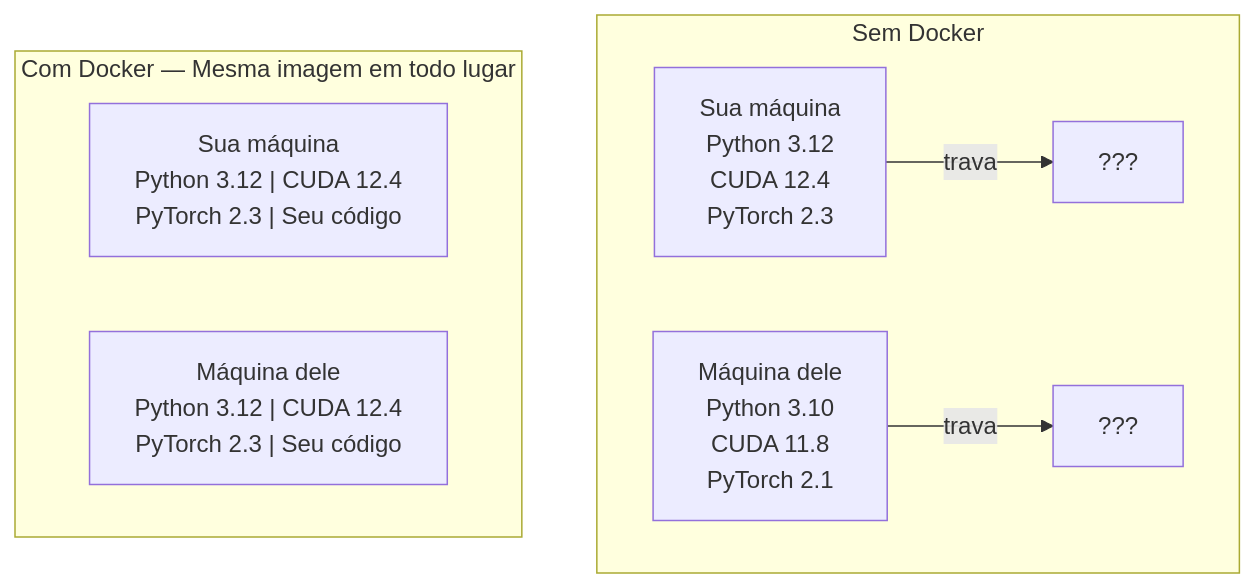
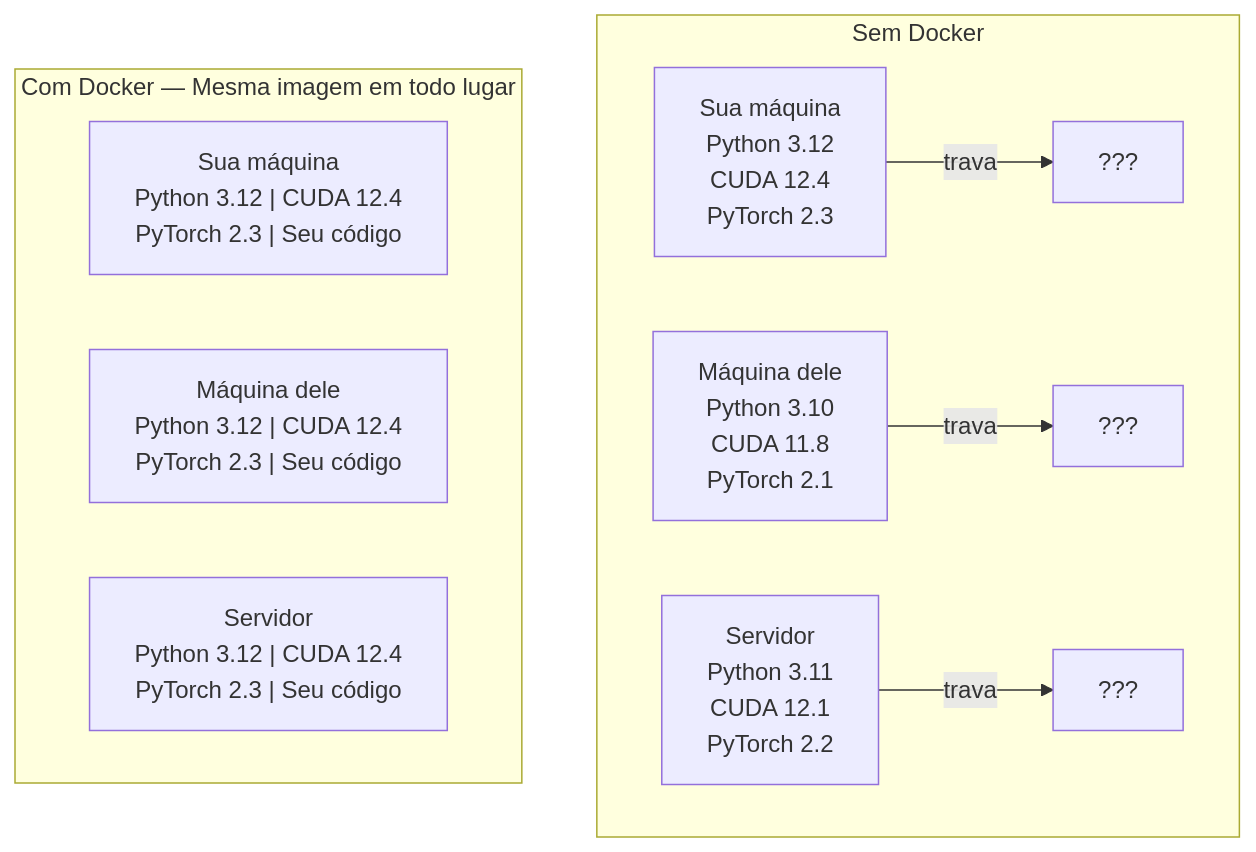
The diagram in phases/00-setup-and-tooling/07-docker-for-ai/docs/pt-br.md (K3lvin-dev/ai-engineering-from-scratch), drawn with Mermaid before and after one commit. The commit also changed other lines of this file and 9 other files, not shown here.

````diff
--- a/phases/00-setup-and-tooling/07-docker-for-ai/docs/pt-br.md
+++ b/phases/00-setup-and-tooling/07-docker-for-ai/docs/pt-br.md
@@ -27,12 +27,14 @@
 ```mermaid
 graph TD
     subgraph without["Sem Docker"]
         A1["Sua máquina<br/>Python 3.12<br/>CUDA 12.4<br/>PyTorch 2.3"] -->|trava| X1["???"]
         A2["Máquina dele<br/>Python 3.10<br/>CUDA 11.8<br/>PyTorch 2.1"] -->|trava| X2["???"]
+        A3["Servidor<br/>Python 3.11<br/>CUDA 12.1<br/>PyTorch 2.2"] -->|trava| X3["???"]
     end
 
     subgraph with_docker["Com Docker — Mesma imagem em todo lugar"]
         B1["Sua máquina<br/>Python 3.12 | CUDA 12.4<br/>PyTorch 2.3 | Seu código"]
         B2["Máquina dele<br/>Python 3.12 | CUDA 12.4<br/>PyTorch 2.3 | Seu código"]
+        B3["Servidor<br/>Python 3.12 | CUDA 12.4<br/>PyTorch 2.3 | Seu código"]
     end
 ```
````
